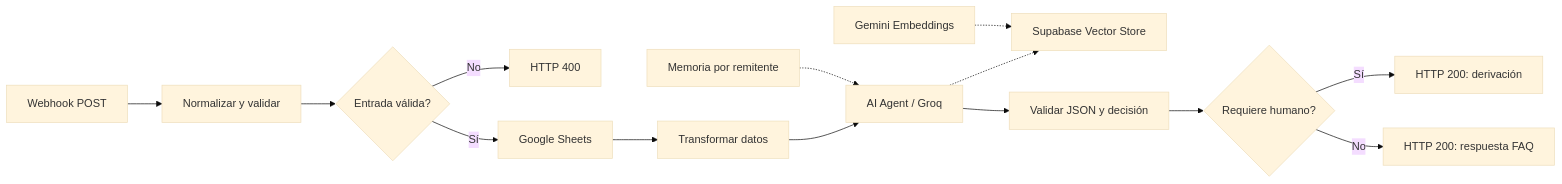
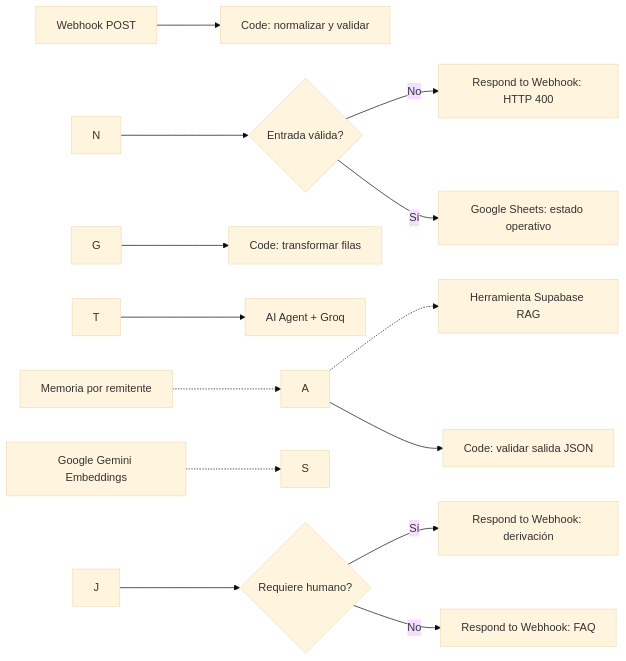
The diagram in README.md (brianpaulmas/playuzu-ai-support-rag), drawn with Mermaid (base theme) before and after one commit. The commit also changed other lines of this file, not shown here.

````diff
--- a/README.md
+++ b/README.md
@@ -11,16 +28,16 @@
 ```mermaid
 flowchart LR
-  W[Webhook POST] --> N[Normalizar y validar]
+  W\[Webhook POST] --> N\[Code: normalizar y validar]
   N --> I{Entrada válida?}
-  I -->|No| E[HTTP 400]
-  I -->|Sí| G[Google Sheets]
-  G --> T[Transformar datos]
-  T --> A[AI Agent / Groq]
-  M[Memoria por remitente] -.-> A
-  A -.-> S[Supabase Vector Store]
-  B[Gemini Embeddings] -.-> S
-  A --> J[Validar JSON y decisión]
+  I -->|No| E\[Respond to Webhook: HTTP 400]
+  I -->|Sí| G\[Google Sheets: estado operativo]
+  G --> T\[Code: transformar filas]
+  T --> A\[AI Agent + Groq]
+  M\[Memoria por remitente] -.-> A
+  A -.-> S\[Herramienta Supabase RAG]
+  B\[Google Gemini Embeddings] -.-> S
+  A --> J\[Code: validar salida JSON]
   J --> D{Requiere humano?}
-  D -->|Sí| H[HTTP 200: derivación]
-  D -->|No| F[HTTP 200: respuesta FAQ]
+  D -->|Sí| H\[Respond to Webhook: derivación]
+  D -->|No| F\[Respond to Webhook: FAQ]
 ```
````
